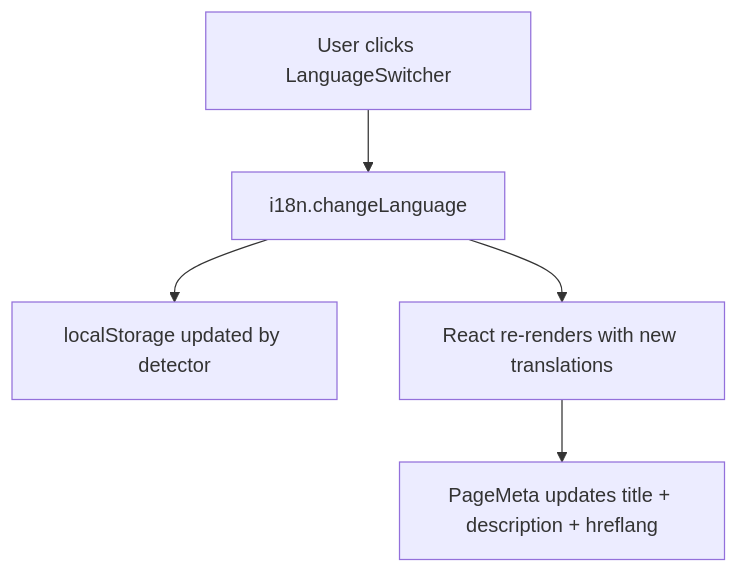
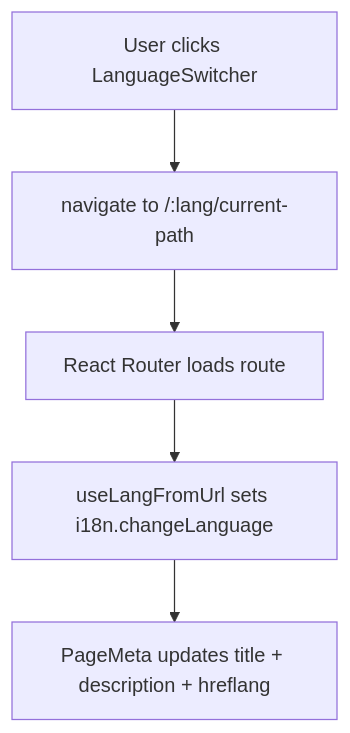
Before and after one commit to OlehKarmazyn/NaKawkeProto: the second of 3 diagrams in ARCHITECTURE.md, drawn with Mermaid. The commit also changed other lines of this file and 20 other files, not shown here.

````diff
--- a/ARCHITECTURE.md
+++ b/ARCHITECTURE.md
@@ -105,7 +105,7 @@
 ```mermaid
 graph TD
-    U[User clicks LanguageSwitcher] --> I[i18n.changeLanguage]
-    I --> LS[localStorage updated by detector]
-    I --> R[React re-renders with new translations]
-    R --> M[PageMeta updates title + description + hreflang]
+    U[User clicks LanguageSwitcher] --> N[navigate to /:lang/current-path]
+    N --> R[React Router loads route]
+    R --> L[useLangFromUrl sets i18n.changeLanguage]
+    L --> M[PageMeta updates title + description + hreflang]
 ```
````
